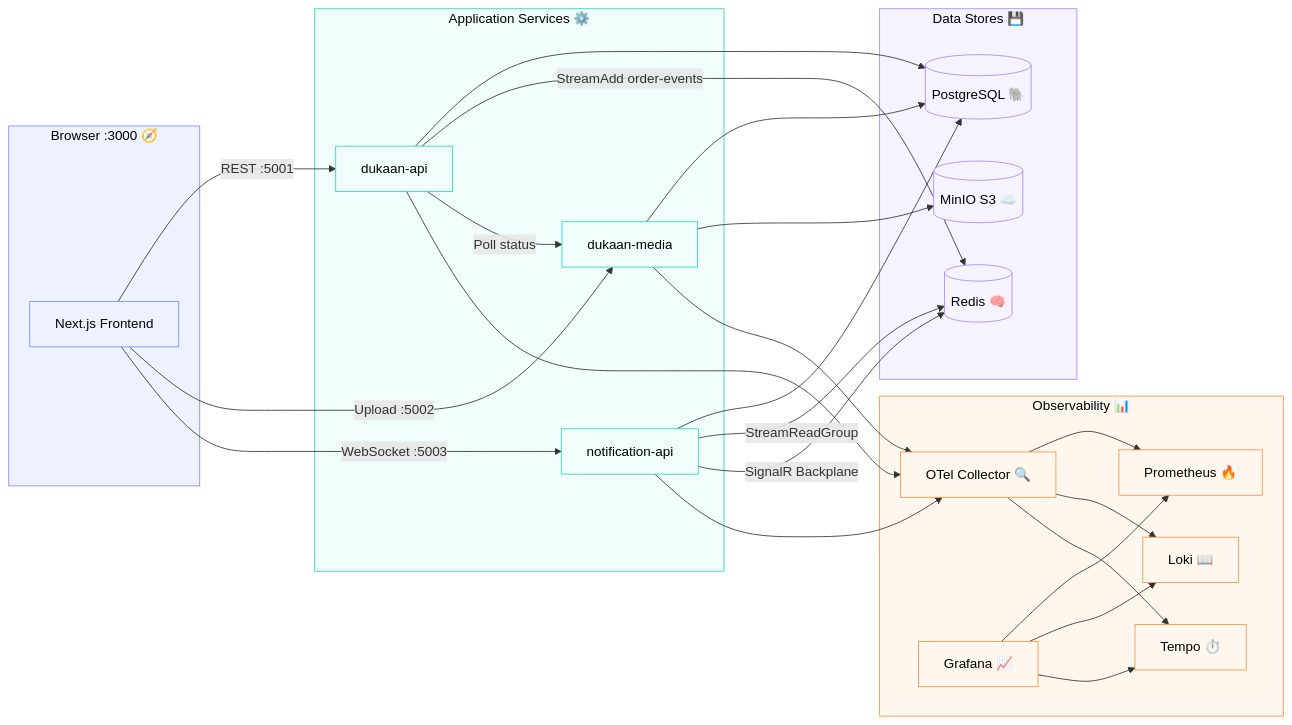
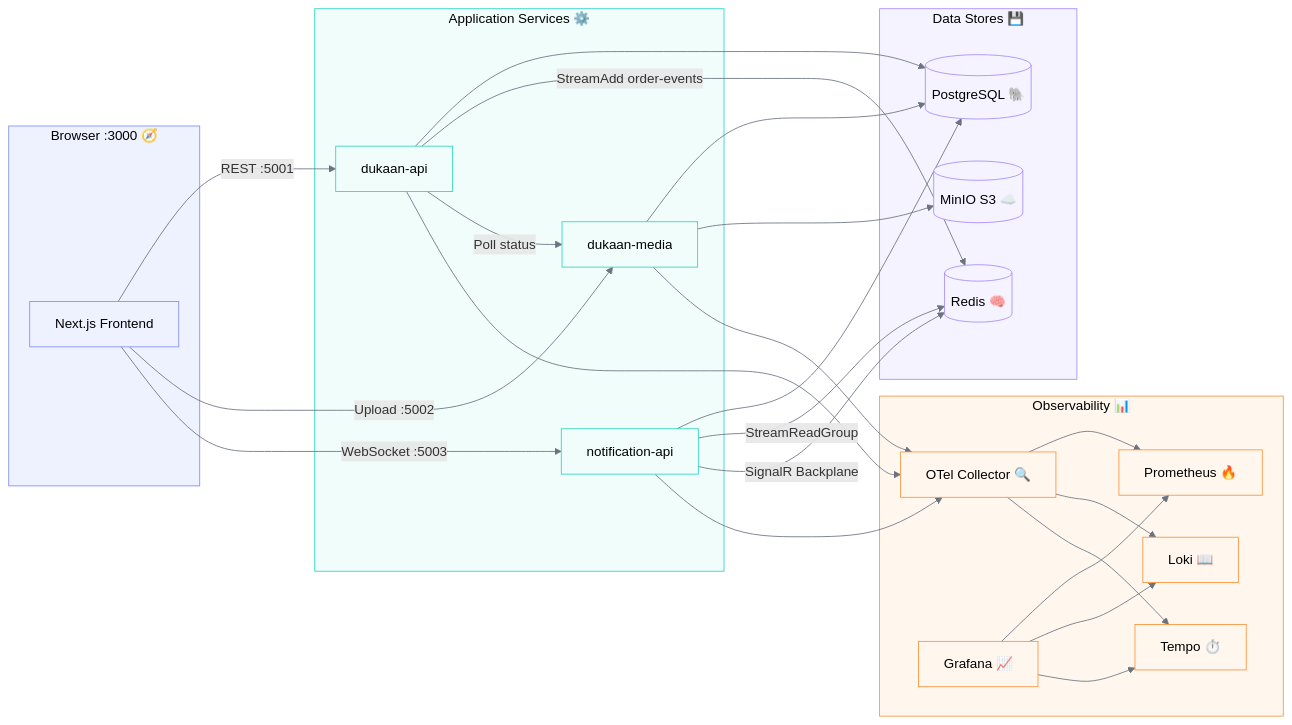
The diagram in README.md (codecamp-asthait/servercamp-batch-3), drawn with Mermaid before and after one commit.

Commit message:
updated diagram

````diff
--- a/README.md
+++ b/README.md
@@ -27,57 +27,57 @@
 ```mermaid
-%%{init: {"themeVariables": {"fontFamily": "Inter, sans-serif"}}}%%
+%%{init: {"theme": "default", "themeVariables": {"primaryColor": "#ffffff", "primaryTextColor": "#000000", "primaryBorderColor": "#e5e7eb", "lineColor": "#6b7280", "secondaryColor": "#f9fafb", "tertiaryColor": "#f3f4f6", "clusterBkg": "#ffffff", "clusterBorder": "#e5e7eb", "fontFamily": "Inter, sans-serif"}}}%%
 graph LR
     subgraph Client["Browser :3000 🧭"]
         FE["Next.js Frontend"]
     end
     class Client indigo;
     class FE indigo;
 
     subgraph AppServices["Application Services ⚙️"]
         API["dukaan-api"]
         MEDIA["dukaan-media"]
         NOTIF["notification-api"]
     end
     class AppServices teal;
     class API,MEDIA,NOTIF teal;
 
     subgraph DataStores["Data Stores 💾"]
         PG[("PostgreSQL 🐘")]
         RS[("Redis 🧠")]
         MINIO[("MinIO S3 ☁️")]
     end
     class DataStores violet;
     class PG,RS,MINIO violet;
 
     subgraph Observability["Observability 📊"]
         OTel["OTel Collector 🔍"]
         Prom["Prometheus 🔥"]
         Loki["Loki 📖"]
         Tempo["Tempo ⏱️"]
         Grafana["Grafana 📈"]
     end
     class Observability orange;
     class OTel,Prom,Loki,Tempo,Grafana orange;
 
     FE -->|"REST :5001"| API
     FE -->|"Upload :5002"| MEDIA
     FE -->|"WebSocket :5003"| NOTIF
     API --> PG
     MEDIA --> PG
     NOTIF --> PG
     API -->|"StreamAdd order-events"| RS
     NOTIF -->|"StreamReadGroup"| RS
     NOTIF -->|"SignalR Backplane"| RS
     MEDIA --> MINIO
     API -->|"Poll status"| MEDIA
     API --> OTel
     MEDIA --> OTel
     NOTIF --> OTel
     OTel --> Prom & Loki & Tempo
     Grafana --> Prom & Loki & Tempo
 
     classDef indigo stroke:#818cf8,fill:#eef2ff,color:#000;
     classDef teal stroke:#2dd4bf,fill:#f0fdfa,color:#000;
     classDef violet stroke:#a78bfa,fill:#f5f3ff,color:#000;
     classDef orange stroke:#fb923c,fill:#fff7ed,color:#000;
 ```
````
